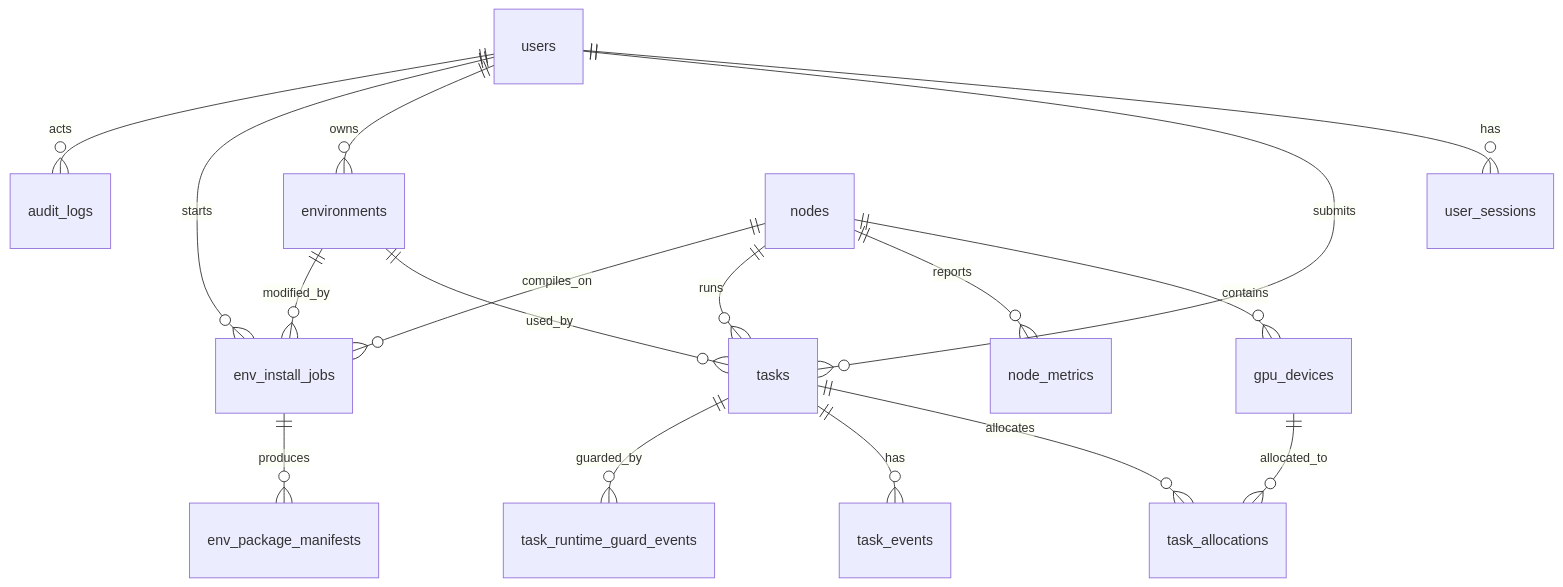
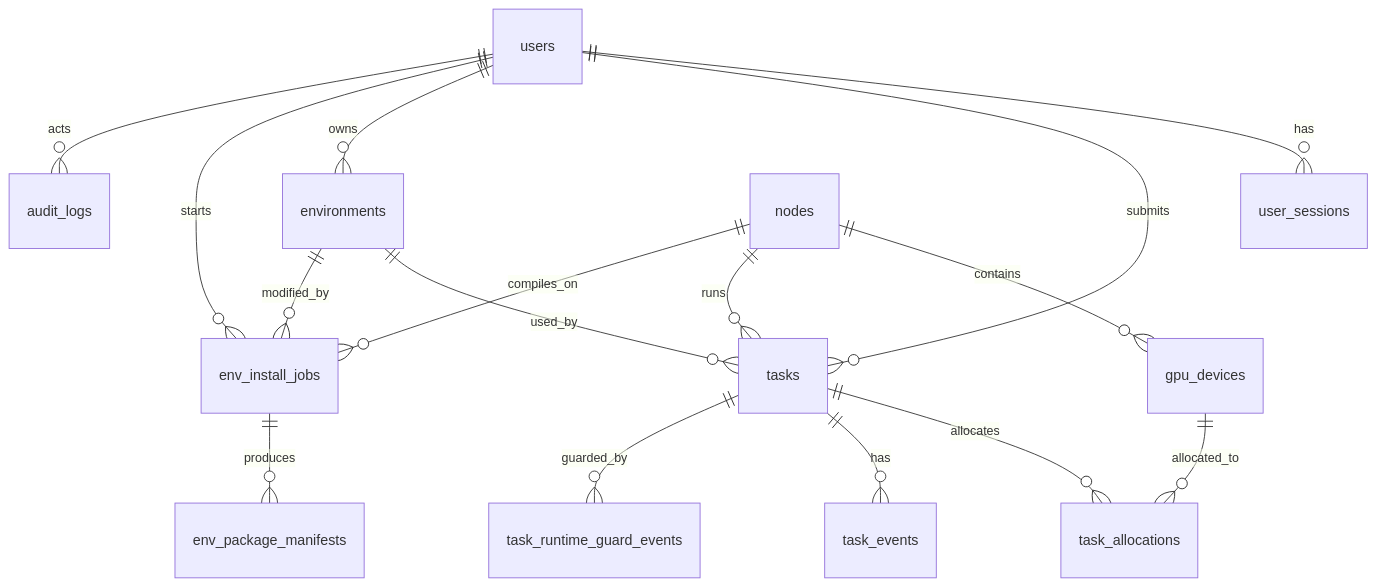
Before and after one commit to ZnsNgk/NebulaGrid: the second of 5 diagrams in docs/NebulaGrid_Tianshu_3.0_System Architecture Design.md, drawn with Mermaid. The commit also changed other lines of this file and 52 other files, not shown here.

````diff
--- a/docs/NebulaGrid_Tianshu_3.0_System Architecture Design.md
+++ b/docs/NebulaGrid_Tianshu_3.0_System Architecture Design.md
@@ -272,22 +282,21 @@
 ```mermaid
 erDiagram
     users ||--o{ user_sessions : has
     users ||--o{ tasks : submits
     users ||--o{ environments : owns
     users ||--o{ env_install_jobs : starts
     users ||--o{ audit_logs : acts
 
     nodes ||--o{ gpu_devices : contains
-    nodes ||--o{ node_metrics : reports
     nodes ||--o{ tasks : runs
     nodes ||--o{ env_install_jobs : compiles_on
 
     tasks ||--o{ task_allocations : allocates
     tasks ||--o{ task_events : has
     tasks ||--o{ task_runtime_guard_events : guarded_by
     gpu_devices ||--o{ task_allocations : allocated_to
 
     environments ||--o{ tasks : used_by
     environments ||--o{ env_install_jobs : modified_by
     env_install_jobs ||--o{ env_package_manifests : produces
 ```
````
